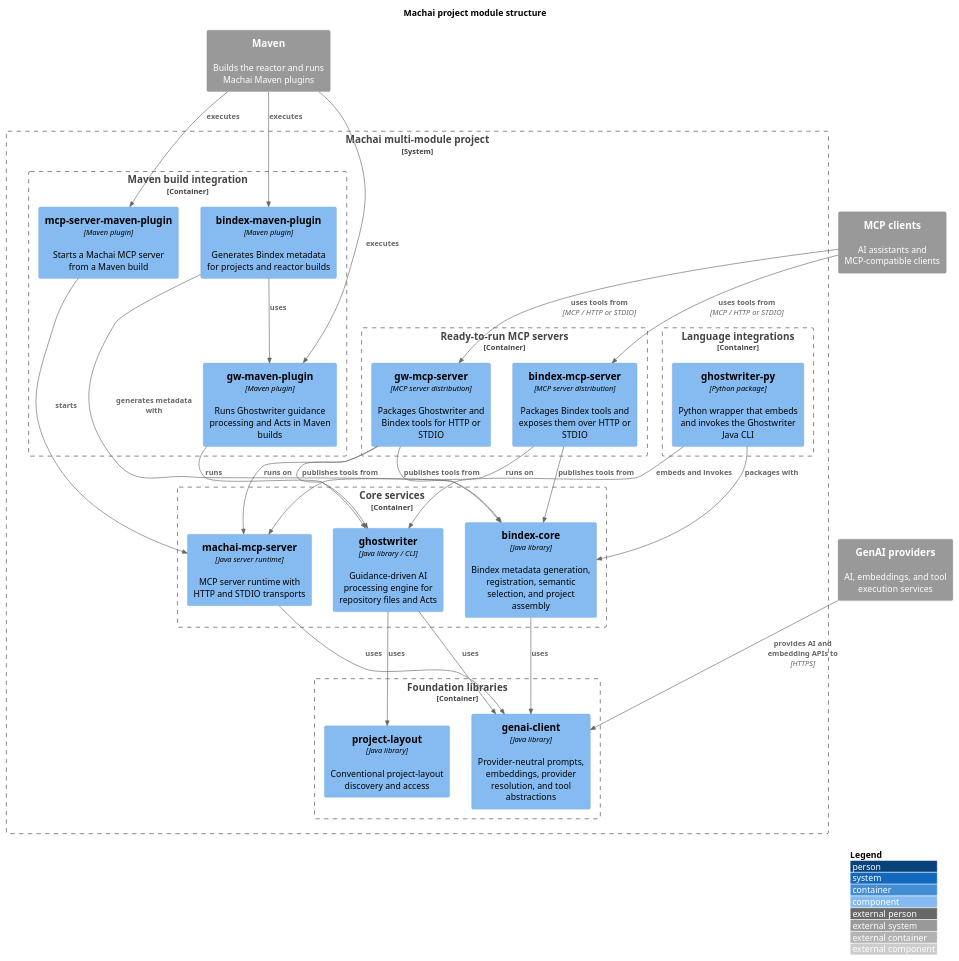
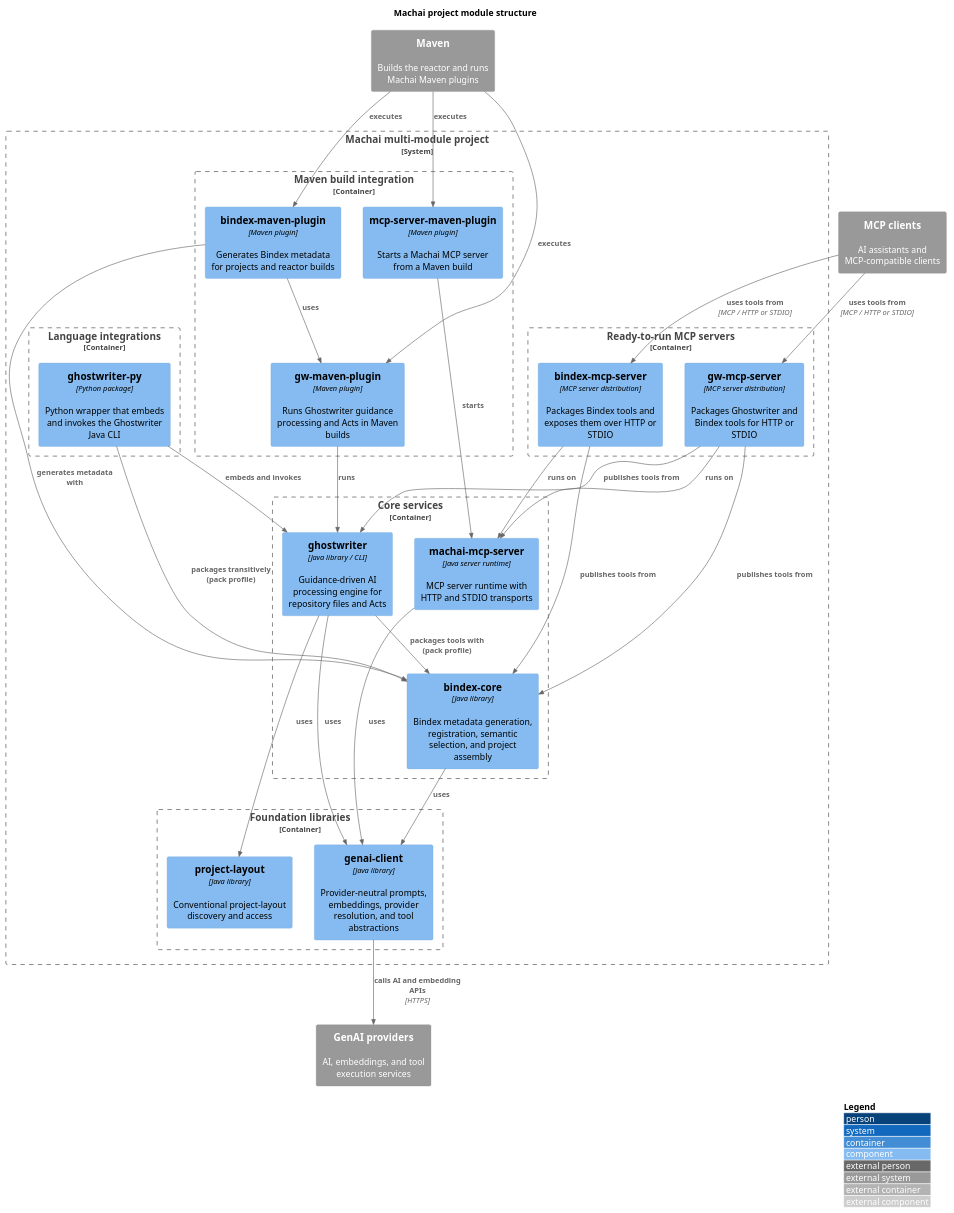
One commit to machanism-org/machai changed the diagram in src/site/puml/project-structure.puml. Above: the diagram before and after it, drawn with PlantUML.

Commit message:
docs: update project structure diagram

```diff
--- a/src/site/puml/project-structure.puml
+++ b/src/site/puml/project-structure.puml
@@ -3,62 +3,63 @@
 @startuml project-structure
 !include <C4/C4_Component>
 
 title Machai project module structure
 LAYOUT_WITH_LEGEND()
 
 System_Ext(maven, "Maven", "Builds the reactor and runs Machai Maven plugins")
 System_Ext(aiProviders, "GenAI providers", "AI, embeddings, and tool execution services")
 System_Ext(mcpClients, "MCP clients", "AI assistants and MCP-compatible clients")
 
 System_Boundary(machai, "Machai multi-module project") {
   Container_Boundary(foundations, "Foundation libraries") {
     Component(projectLayout, "project-layout", "Java library", "Conventional project-layout discovery and access")
     Component(genaiClient, "genai-client", "Java library", "Provider-neutral prompts, embeddings, provider resolution, and tool abstractions")
   }
 
   Container_Boundary(coreServices, "Core services") {
     Component(bindexCore, "bindex-core", "Java library", "Bindex metadata generation, registration, semantic selection, and project assembly")
     Component(ghostwriter, "ghostwriter", "Java library / CLI", "Guidance-driven AI processing engine for repository files and Acts")
     Component(mcpRuntime, "machai-mcp-server", "Java server runtime", "MCP server runtime with HTTP and STDIO transports")
   }
 
   Container_Boundary(languageIntegrations, "Language integrations") {
     Component(ghostwriterPy, "ghostwriter-py", "Python package", "Python wrapper that embeds and invokes the Ghostwriter Java CLI")
   }
 
   Container_Boundary(buildIntegration, "Maven build integration") {
     Component(gwPlugin, "gw-maven-plugin", "Maven plugin", "Runs Ghostwriter guidance processing and Acts in Maven builds")
     Component(bindexPlugin, "bindex-maven-plugin", "Maven plugin", "Generates Bindex metadata for projects and reactor builds")
     Component(mcpPlugin, "mcp-server-maven-plugin", "Maven plugin", "Starts a Machai MCP server from a Maven build")
   }
 
   Container_Boundary(serverDistributions, "Ready-to-run MCP servers") {
     Component(bindexServer, "bindex-mcp-server", "MCP server distribution", "Packages Bindex tools and exposes them over HTTP or STDIO")
     Component(gwServer, "gw-mcp-server", "MCP server distribution", "Packages Ghostwriter and Bindex tools for HTTP or STDIO")
   }
 }
 
 Rel(maven, gwPlugin, "executes")
 Rel(maven, bindexPlugin, "executes")
 Rel(maven, mcpPlugin, "executes")
-Rel(aiProviders, genaiClient, "provides AI and embedding APIs to", "HTTPS")
+Rel(genaiClient, aiProviders, "calls AI and embedding APIs", "HTTPS")
 Rel(mcpClients, bindexServer, "uses tools from", "MCP / HTTP or STDIO")
 Rel(mcpClients, gwServer, "uses tools from", "MCP / HTTP or STDIO")
 
 Rel(ghostwriter, projectLayout, "uses")
 Rel(ghostwriter, genaiClient, "uses")
+Rel(ghostwriter, bindexCore, "packages tools with (pack profile)")
 Rel(bindexCore, genaiClient, "uses")
 Rel(mcpRuntime, genaiClient, "uses")
 Rel(ghostwriterPy, ghostwriter, "embeds and invokes")
-Rel(ghostwriterPy, bindexCore, "packages with")
+Rel(ghostwriterPy, bindexCore, "packages transitively (pack profile)")
 Rel(gwPlugin, ghostwriter, "runs")
 Rel(bindexPlugin, gwPlugin, "uses")
 Rel(bindexPlugin, bindexCore, "generates metadata with")
 Rel(mcpPlugin, mcpRuntime, "starts")
 Rel(bindexServer, bindexCore, "publishes tools from")
 Rel(bindexServer, mcpRuntime, "runs on")
 Rel(gwServer, ghostwriter, "publishes tools from")
 Rel(gwServer, bindexCore, "publishes tools from")
 Rel(gwServer, mcpRuntime, "runs on")
 
 @enduml
```
